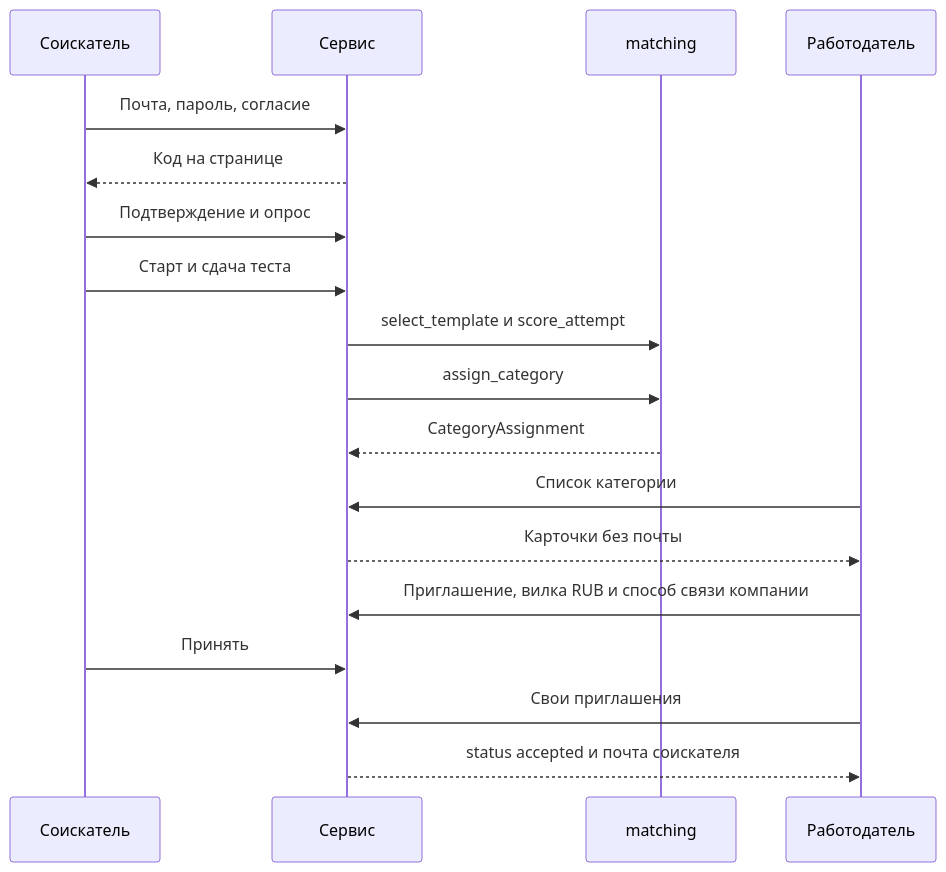
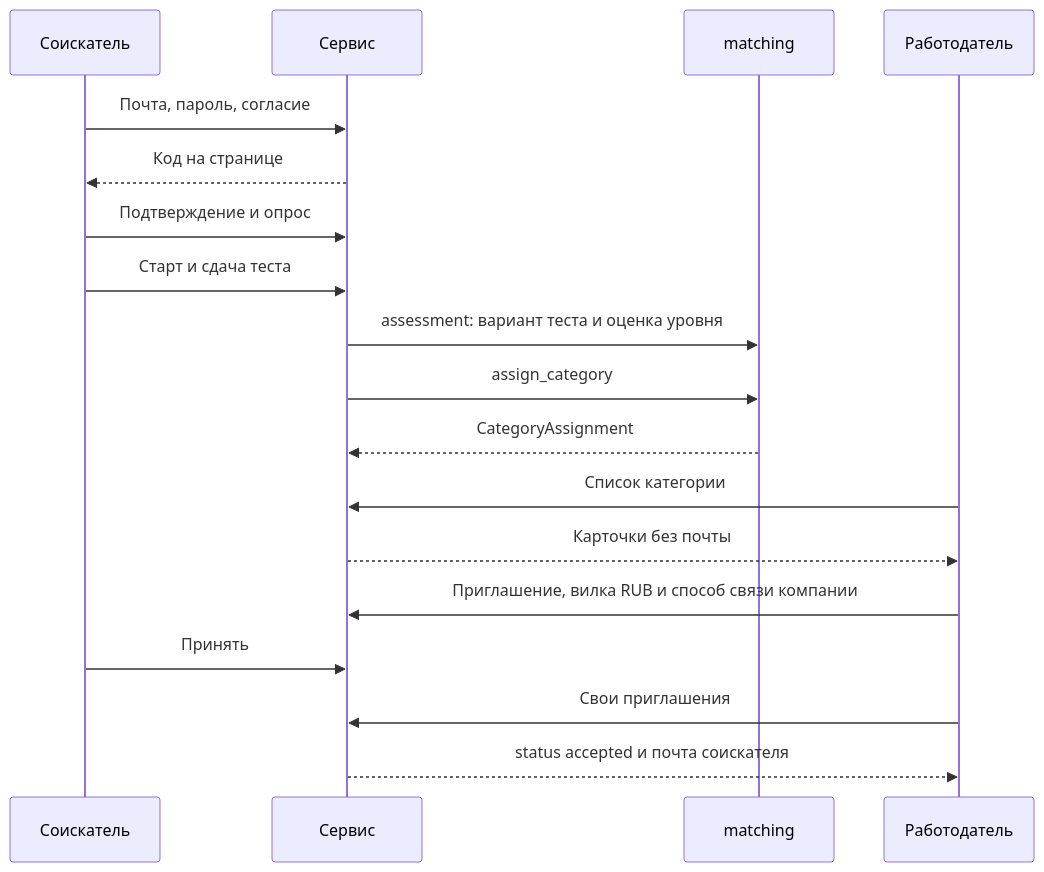
Before and after one commit to unhexx/hackaton_exception_expert: the second of 4 diagrams in track/lct-fsp-vacancies/05-reshenie.md, drawn with Mermaid. The commit also changed other lines of this file and 74 other files, not shown here.

````diff
--- a/track/lct-fsp-vacancies/05-reshenie.md
+++ b/track/lct-fsp-vacancies/05-reshenie.md
@@ -93,20 +93,20 @@
 ```mermaid
 sequenceDiagram
   participant C as Соискатель
   participant A as Сервис
   participant M as matching
   participant E as Работодатель
   C->>A: Почта, пароль, согласие
   A-->>C: Код на странице
   C->>A: Подтверждение и опрос
   C->>A: Старт и сдача теста
-  A->>M: select_template и score_attempt
+  A->>M: assessment: вариант теста и оценка уровня
   A->>M: assign_category
   M-->>A: CategoryAssignment
   E->>A: Список категории
   A-->>E: Карточки без почты
   E->>A: Приглашение, вилка RUB и способ связи компании
   C->>A: Принять
   E->>A: Свои приглашения
   A-->>E: status accepted и почта соискателя
 ```
````
